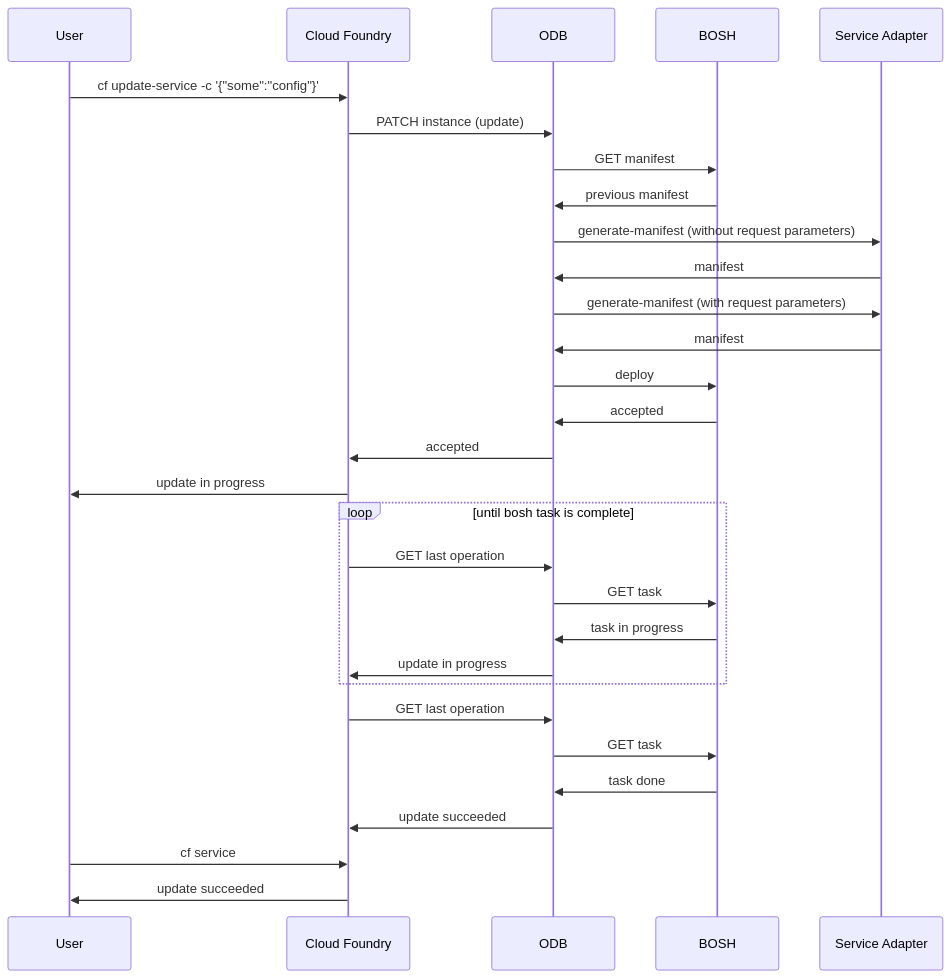
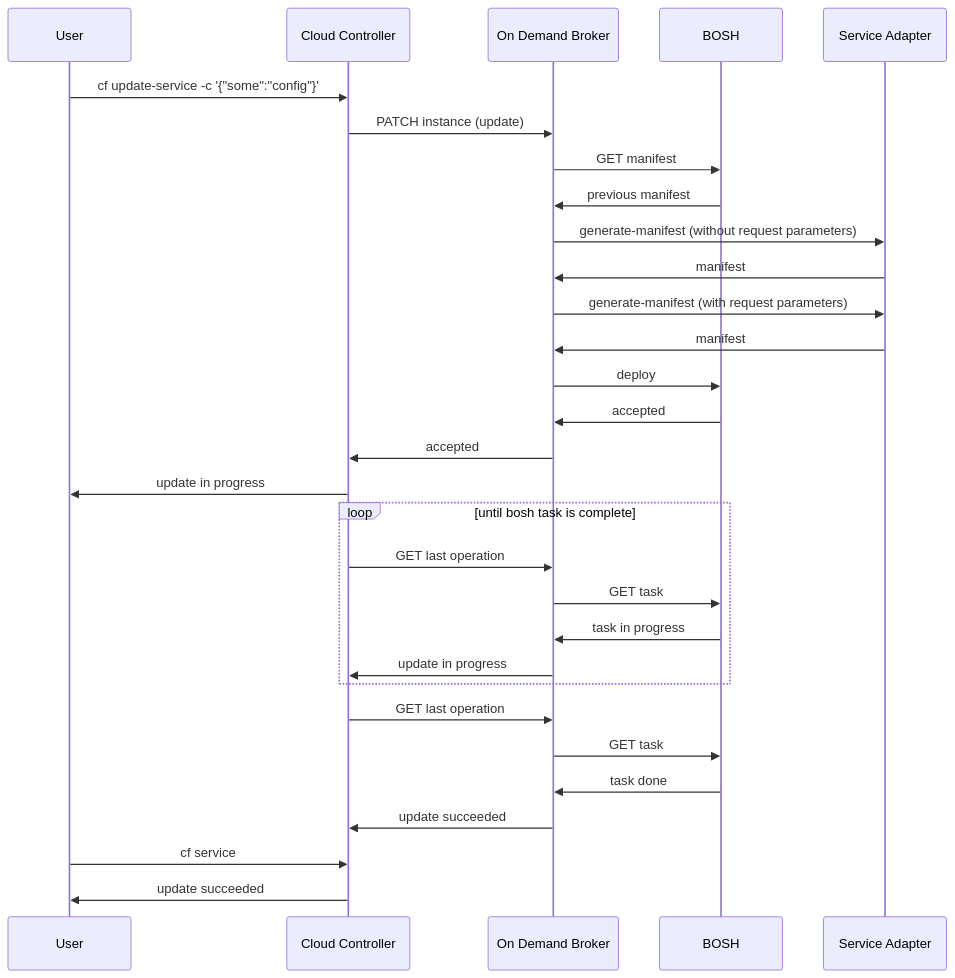
Before and after one commit to pivotal-cf/docs-on-demand-service-broker: the diagram in mmd/update_service_no_pending_changes_workflow.mmd, drawn with Mermaid. The commit also changed 10 other files, not shown here.

Commit message:
change  to  in sequence diagrams

```diff
--- a/mmd/update_service_no_pending_changes_workflow.mmd
+++ b/mmd/update_service_no_pending_changes_workflow.mmd
@@ -1,27 +1,27 @@
 <div class="mermaid">
   sequenceDiagram
-  User->> Cloud Foundry: cf update-service -c '{"some":"config"}'
-  Cloud Foundry->> ODB: PATCH instance (update)
-  ODB->>BOSH:GET manifest
-  BOSH->>ODB:previous manifest
-  ODB->>Service Adapter: generate-manifest (without request parameters)
-  Service Adapter->>ODB: manifest
-  ODB->>Service Adapter: generate-manifest (with request parameters)
-  Service Adapter->>ODB: manifest
-  ODB->>BOSH: deploy
-  BOSH->>ODB: accepted
-  ODB->>Cloud Foundry: accepted
-  Cloud Foundry->>User: update in progress
+  User->> Cloud Controller: cf update-service -c '{"some":"config"}'
+  Cloud Controller->> On Demand Broker: PATCH instance (update)
+  On Demand Broker->>BOSH:GET manifest
+  BOSH->>On Demand Broker:previous manifest
+  On Demand Broker->>Service Adapter: generate-manifest (without request parameters)
+  Service Adapter->>On Demand Broker: manifest
+  On Demand Broker->>Service Adapter: generate-manifest (with request parameters)
+  Service Adapter->>On Demand Broker: manifest
+  On Demand Broker->>BOSH: deploy
+  BOSH->>On Demand Broker: accepted
+  On Demand Broker->>Cloud Controller: accepted
+  Cloud Controller->>User: update in progress
   loop until bosh task is complete
-    Cloud Foundry->>ODB:GET last operation
-    ODB->>BOSH:GET task
-    BOSH->>ODB:task in progress
-    ODB->>Cloud Foundry:update in progress
+    Cloud Controller->>On Demand Broker:GET last operation
+    On Demand Broker->>BOSH:GET task
+    BOSH->>On Demand Broker:task in progress
+    On Demand Broker->>Cloud Controller:update in progress
   end
-  Cloud Foundry->>ODB:GET last operation
-  ODB->>BOSH:GET task
-  BOSH->>ODB:task done
-  ODB->>Cloud Foundry:update succeeded
-  User->>Cloud Foundry: cf service
-  Cloud Foundry->>User: update succeeded
+  Cloud Controller->>On Demand Broker:GET last operation
+  On Demand Broker->>BOSH:GET task
+  BOSH->>On Demand Broker:task done
+  On Demand Broker->>Cloud Controller:update succeeded
+  User->>Cloud Controller: cf service
+  Cloud Controller->>User: update succeeded
 </div>
```
